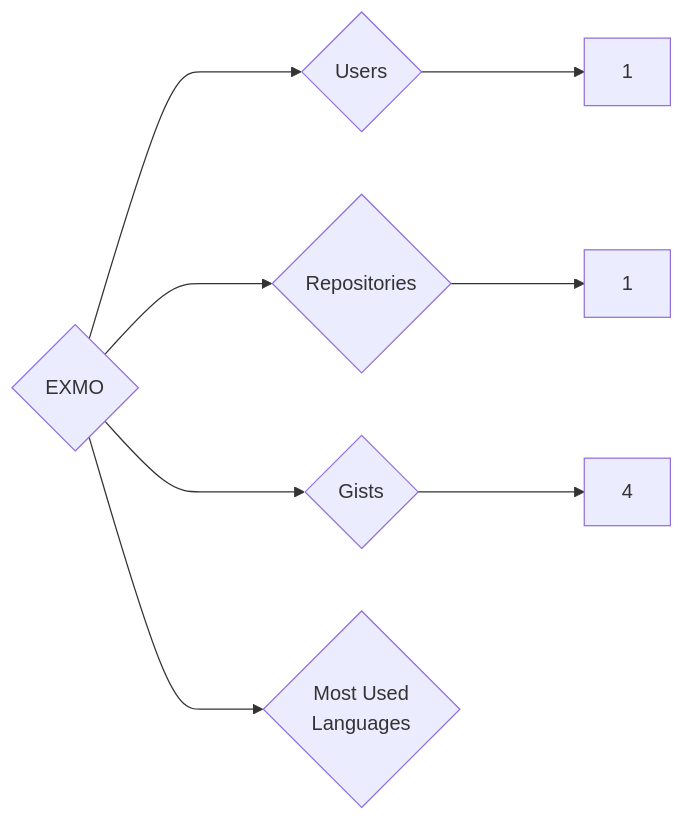
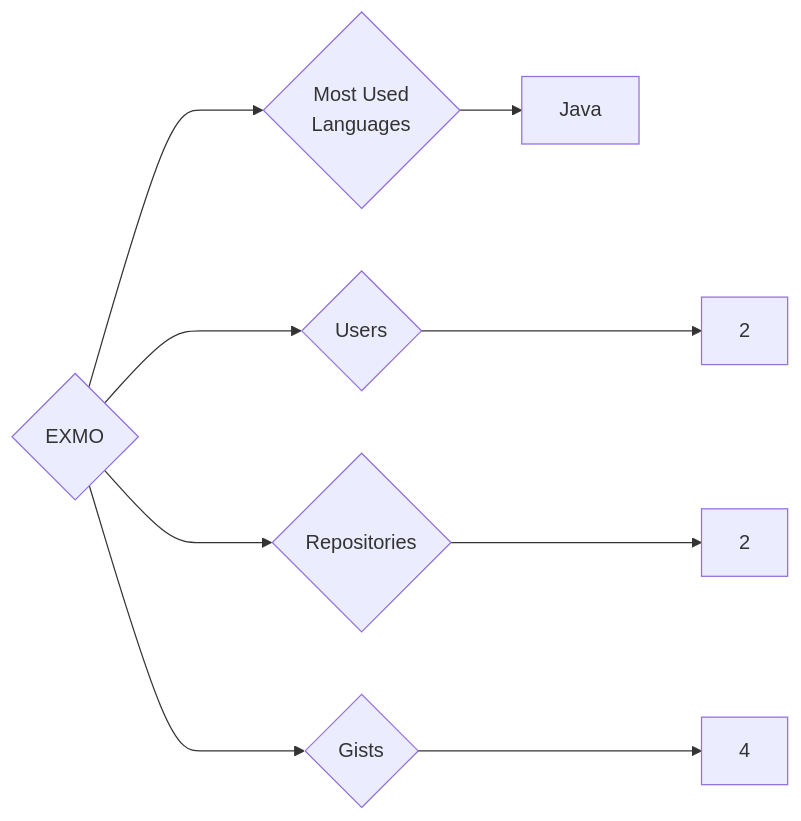
Before and after one commit to trickest/insiders: the diagram in targets/EXMO/README.md, drawn with Mermaid. The commit also changed 724 other files, not shown here.

````diff
--- a/targets/EXMO/README.md
+++ b/targets/EXMO/README.md
@@ -3,8 +3,9 @@
 ```mermaid
 graph LR
 COMPANY_NAME{EXMO}
-COMPANY_NAME ---> U{Users} ---> UN[1]
-COMPANY_NAME ---> R{Repositories} ---> RN[1]
+COMPANY_NAME ---> U{Users} ---> UN[2]
+COMPANY_NAME ---> R{Repositories} ---> RN[2]
 COMPANY_NAME ---> G{Gists} ---> GN[4]
 COMPANY_NAME ---> ML{Most Used<br>Languages}
+ML --> Java[Java]
 ```
````
